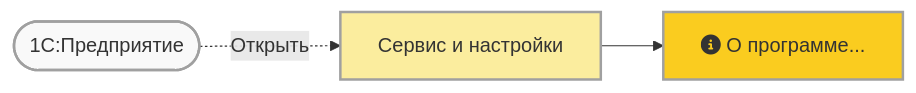
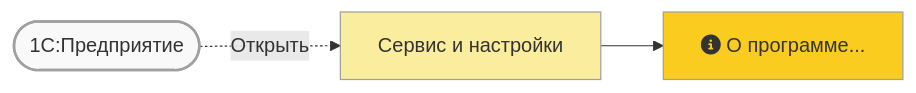
The diagram in faq/crash/main-white-window.md (lugovoe/manual), drawn with Mermaid before and after one commit. The commit also changed other lines of this file, not shown here.

````diff
--- a/faq/crash/main-white-window.md
+++ b/faq/crash/main-white-window.md
@@ -28,8 +28,8 @@
 ``` mermaid
 graph LR
   b1([1С:Предприятие]):::button -. Открыть .-> m1[Сервис и настройки]:::mainmenu
   m1[Сервис и настройки] --> m2[fa:fa-info-circle О программе...];
-  classDef default fill:#facc1f,stroke:#a0a0a0,stroke-width:2px;
-  classDef button fill:#f9f9f9;
-  classDef mainmenu fill:#fbed9e;
+  classDef default fill:#facc1f,stroke:#a0a0a0,stroke-width:1px;
+  classDef button fill:#f9f9f9,stroke:#a0a0a0,stroke-width:2px;
+  classDef mainmenu fill:#fbed9e,stroke:#a0a0a0,stroke-width:1px;
 ```
````
